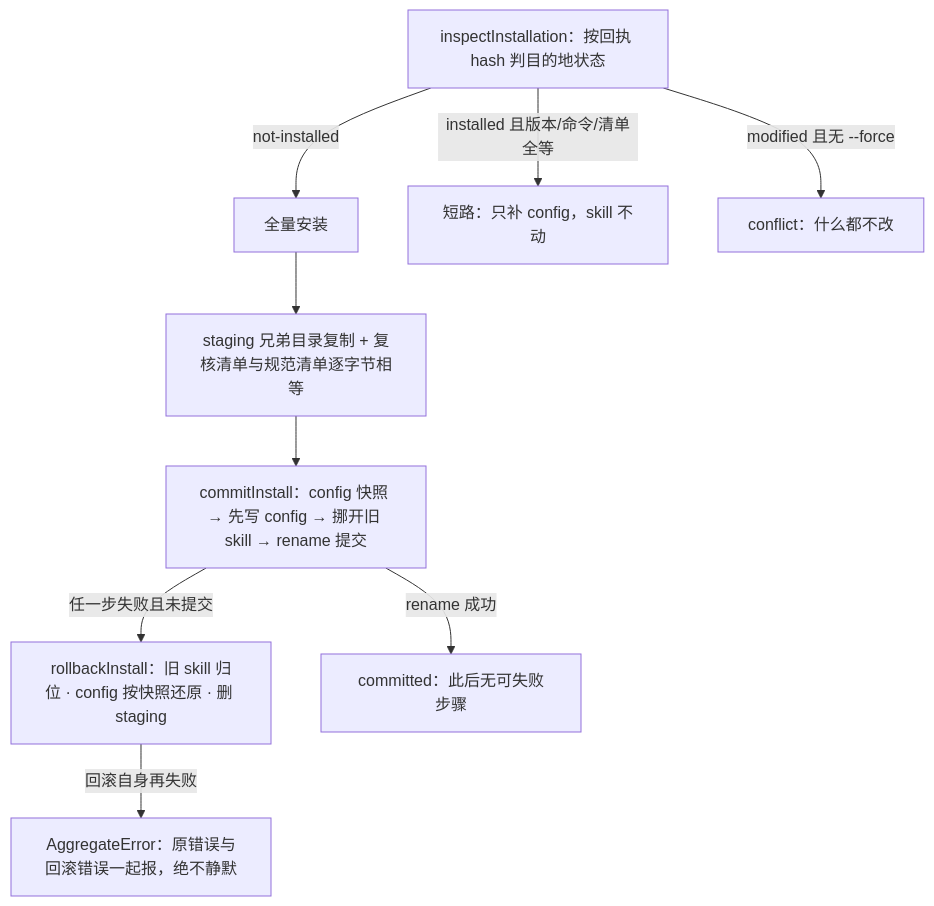
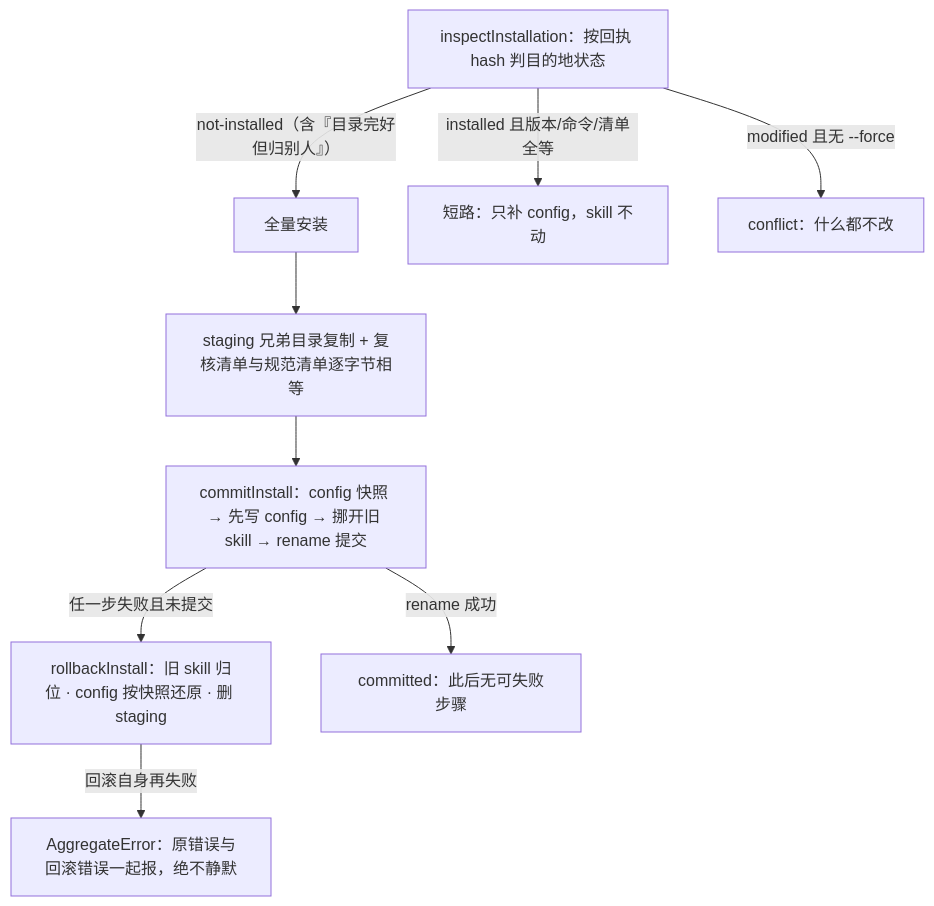
The second of 2 diagrams in _digested/13-integrations/01-host-targets-and-transactional-install.md (ethan-jiang-1/openwiki), drawn with Mermaid before and after one commit. The commit also changed other lines of this file and 82 other files, not shown here.

````diff
--- a/_digested/13-integrations/01-host-targets-and-transactional-install.md
+++ b/_digested/13-integrations/01-host-targets-and-transactional-install.md
@@ -181,11 +217,11 @@
 ```mermaid
 flowchart TD
-    A["inspectInstallation：按回执 hash 判目的地状态"] -->|"not-installed"| B["全量安装"]
+    A["inspectInstallation：按回执 hash 判目的地状态"] -->|"not-installed（含『目录完好但归别人』）"| B["全量安装"]
     A -->|"installed 且版本/命令/清单全等"| C["短路：只补 config，skill 不动"]
     A -->|"modified 且无 --force"| D["conflict：什么都不改"]
     B --> E["staging 兄弟目录复制 + 复核清单与规范清单逐字节相等"]
     E --> F["commitInstall：config 快照 → 先写 config → 挪开旧 skill → rename 提交"]
     F -->|"任一步失败且未提交"| G["rollbackInstall：旧 skill 归位 · config 按快照还原 · 删 staging"]
     G -->|"回滚自身再失败"| H["AggregateError：原错误与回滚错误一起报，绝不静默"]
     F -->|"rename 成功"| I["committed：此后无可失败步骤"]
 ```
````
